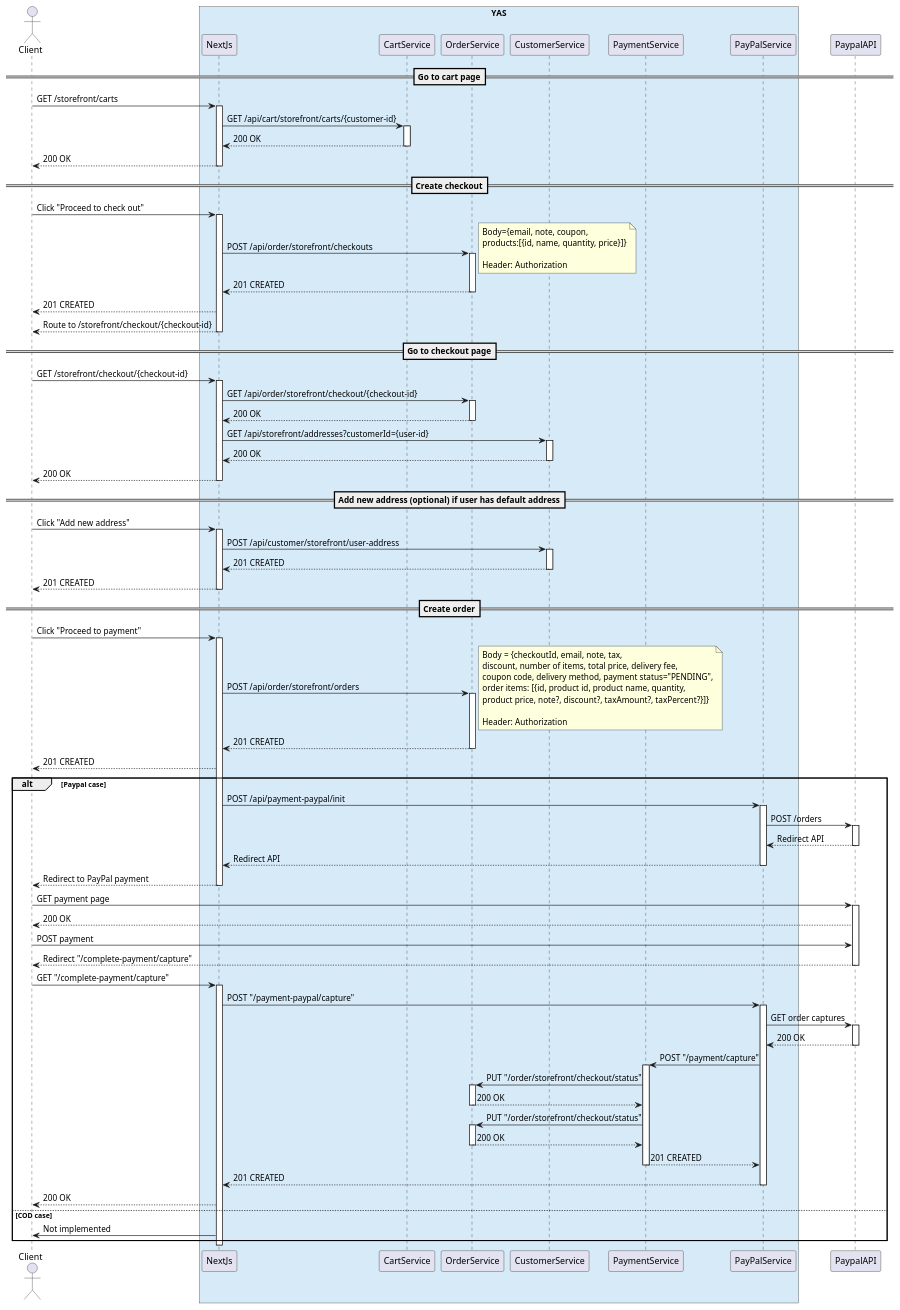
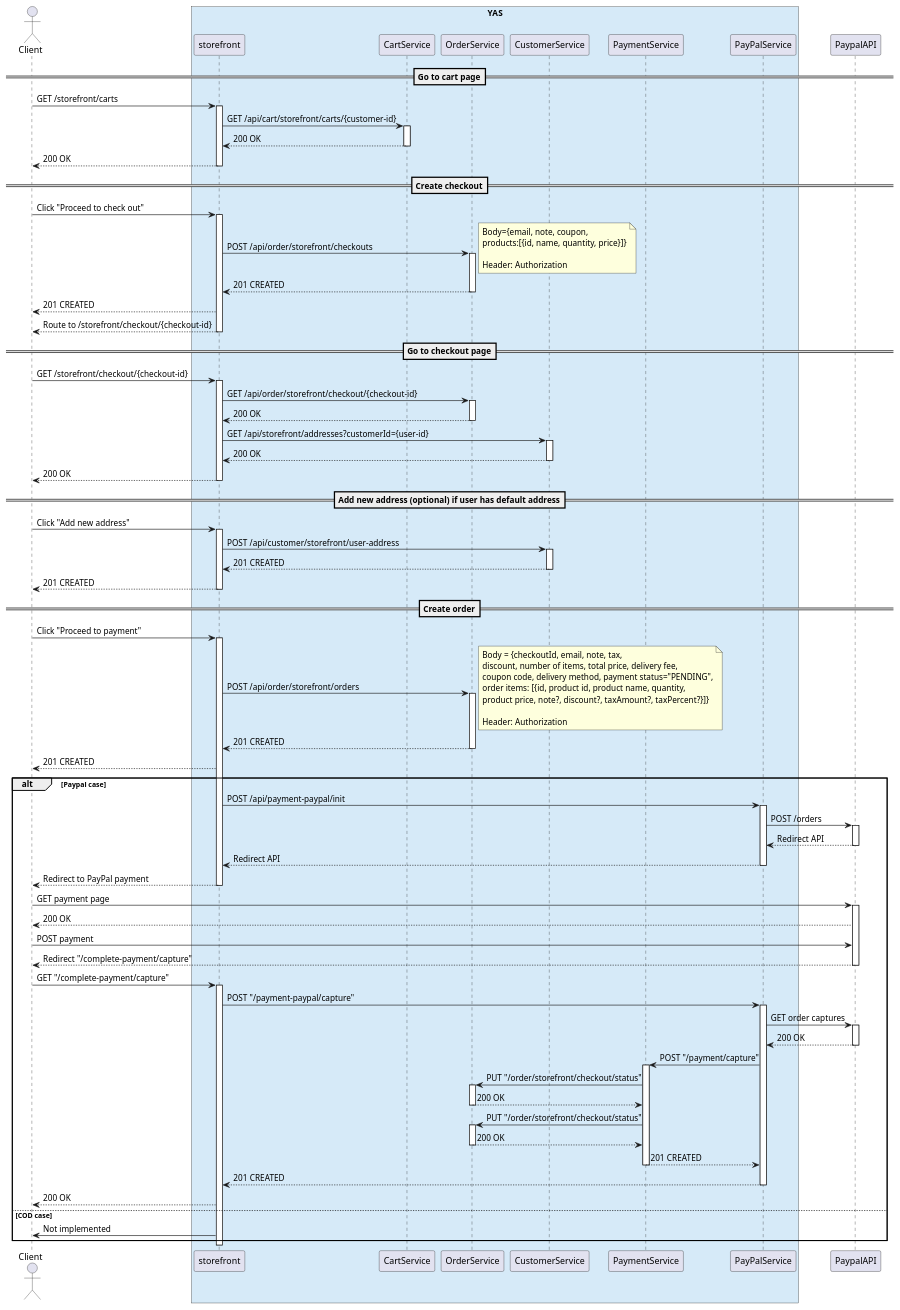
Before and after one commit to nashtech-garage/yas: the diagram in order/docs/uml/CurrentOrder.puml, drawn with PlantUML. The commit also changed 5 other files, not shown here.

Commit message:
Rename NextJs to Storefront in diagrams

```diff
--- a/order/docs/uml/CurrentOrder.puml
+++ b/order/docs/uml/CurrentOrder.puml
@@ -1,122 +1,122 @@
 @startuml Current Order flow
 actor Client
 box "YAS" #D6EAF8 
-participant NextJs
+participant storefront as NextJs
 participant CartService as cart
 participant OrderService as order
-participant CustomerService as Customer
+participant CustomerService as customer
 participant PaymentService as payment
 participant PayPalService as ppal
 end box
 participant PaypalAPI as ppAPI
 ==Go to cart page==
 Client -> NextJs: GET /storefront/carts
 activate NextJs
 NextJs -> cart: GET /api/cart/storefront/carts/{customer-id}
 activate cart
 cart --> NextJs: 200 OK
 deactivate cart
 NextJs --> Client: 200 OK
 deactivate NextJs
 ==Create checkout==
 Client -> NextJs: Click "Proceed to check out"
 activate NextJs
 NextJs -> order: POST /api/order/storefront/checkouts
 note right
 Body={email, note, coupon,
 products:[{id, name, quantity, price}]}
 
 Header: Authorization
 end note
 activate order
 order --> NextJs: 201 CREATED
 deactivate order
 NextJs --> Client: 201 CREATED
 NextJs --> Client: Route to /storefront/checkout/{checkout-id}
 deactivate NextJs
 ==Go to checkout page==
 Client -> NextJs: GET /storefront/checkout/{checkout-id}
 activate NextJs
 NextJs -> order: GET /api/order/storefront/checkout/{checkout-id}
 activate order
 order --> NextJs: 200 OK
 deactivate order
-NextJs -> Customer: GET /api/storefront/addresses?customerId={user-id}
-activate Customer
-Customer --> NextJs: 200 OK
-deactivate Customer
+NextJs -> customer: GET /api/storefront/addresses?customerId={user-id}
+activate customer
+customer --> NextJs: 200 OK
+deactivate customer
 NextJs --> Client: 200 OK
 deactivate NextJs
 ==Add new address (optional) if user has default address==
 Client -> NextJs: Click "Add new address"
 activate NextJs
-NextJs -> Customer: POST /api/customer/storefront/user-address
-activate Customer
-Customer --> NextJs: 201 CREATED
-deactivate Customer
+NextJs -> customer: POST /api/customer/storefront/user-address
+activate customer
+customer --> NextJs: 201 CREATED
+deactivate customer
 NextJs --> Client: 201 CREATED
 deactivate NextJs
 ==Create order==
 Client -> NextJs: Click "Proceed to payment" 
 activate NextJs
 NextJs -> order: POST /api/order/storefront/orders
 note right
 Body = {checkoutId, email, note, tax, 
 discount, number of items, total price, delivery fee, 
 coupon code, delivery method, payment status="PENDING",
 order items: [{id, product id, product name, quantity,
 product price, note?, discount?, taxAmount?, taxPercent?}]}
 
 Header: Authorization
 end note
 activate order
 order --> NextJs: 201 CREATED
 deactivate order
 NextJs --> Client: 201 CREATED
 alt Paypal case
     NextJs -> ppal: POST /api/payment-paypal/init
     activate ppal
     ppal -> ppAPI: POST /orders
     activate ppAPI
     ppAPI --> ppal: Redirect API
     deactivate ppAPI
     ppal --> NextJs: Redirect API
     deactivate ppal
     NextJs --> Client: Redirect to PayPal payment
     deactivate NextJs
     Client -> ppAPI: GET payment page
     activate ppAPI
     ppAPI --> Client: 200 OK
     Client -> ppAPI: POST payment
     ppAPI --> Client: Redirect "/complete-payment/capture"
     deactivate ppAPI
     Client -> NextJs: GET "/complete-payment/capture"
     activate NextJs
     NextJs -> ppal: POST "/payment-paypal/capture"
     activate ppal
     ppal -> ppAPI: GET order captures
     activate ppAPI
     ppAPI --> ppal: 200 OK
     deactivate ppAPI
     ppal -> payment: POST "/payment/capture"
     activate payment
     payment -> order: PUT "/order/storefront/checkout/status"
     activate order
     order --> payment: 200 OK
     deactivate order
     payment -> order: PUT "/order/storefront/checkout/status"
     activate order
     order --> payment: 200 OK
     deactivate order
     payment --> ppal: 201 CREATED
     deactivate payment
     ppal --> NextJs: 201 CREATED
     deactivate ppal
     NextJs --> Client: 200 OK
 else COD case
     NextJs -> Client: Not implemented
 end
     deactivate NextJs
     
 deactivate NextJs
 @enduml
```
